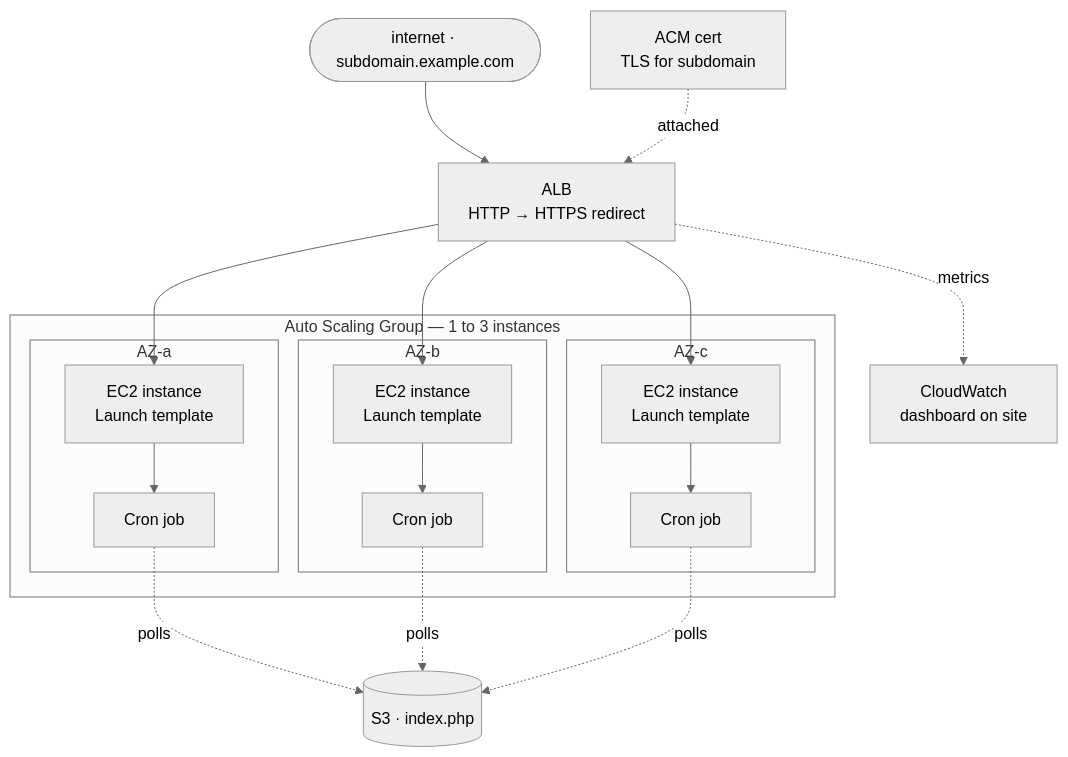
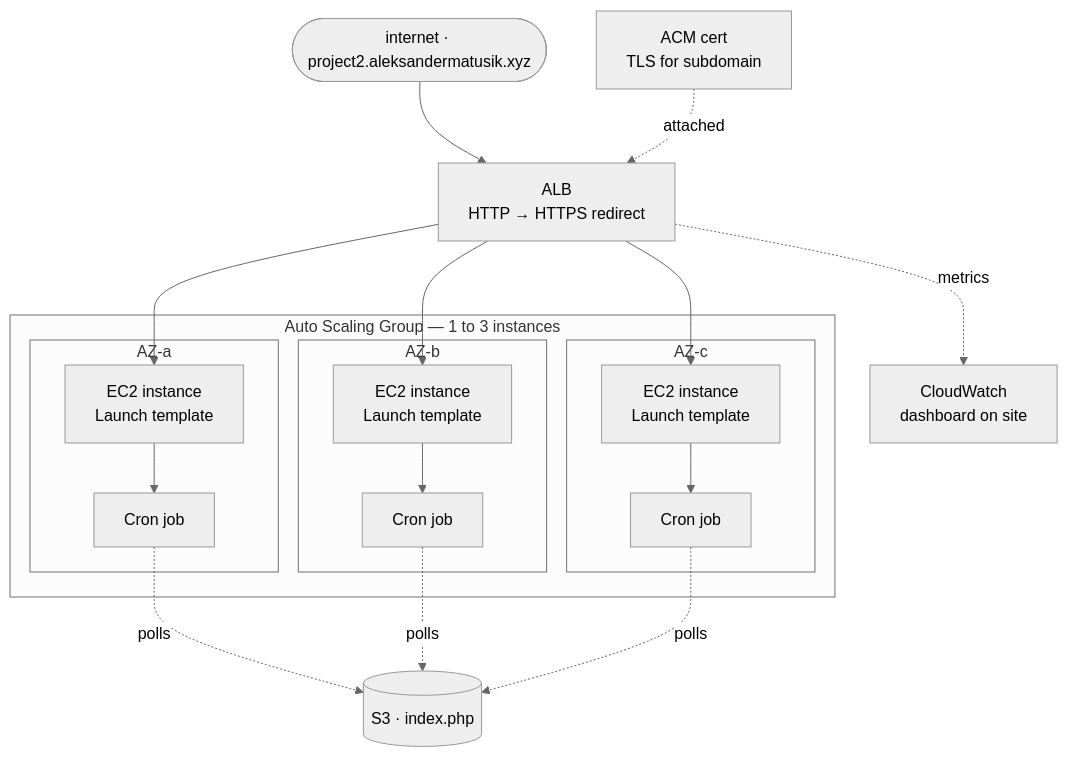
One commit to matusikal/alb-asg-project changed the first of 2 diagrams in README.md. Above: the diagram before and after it, drawn with Mermaid (neutral theme). The commit also changed other lines of this file, not shown here.

````diff
--- a/README.md
+++ b/README.md
@@ -2,29 +13,29 @@
 ```mermaid
 graph TD
-    Internet([internet · subdomain.example.com]) --> ALB
+    Internet([internet · project2.aleksandermatusik.xyz]) --> ALB
     ACM[ACM cert\nTLS for subdomain] -.->|attached| ALB
 
     ALB[ALB\nHTTP → HTTPS redirect]
 
     ALB --> EC2a
     ALB --> EC2b
     ALB --> EC2c
 
     subgraph ASG["Auto Scaling Group — 1 to 3 instances"]
       subgraph AZa[AZ-a]
         EC2a[EC2 instance\nLaunch template] --> Cron1[Cron job]
       end
       subgraph AZb[AZ-b]
         EC2b[EC2 instance\nLaunch template] --> Cron2[Cron job]
       end
       subgraph AZc[AZ-c]
         EC2c[EC2 instance\nLaunch template] --> Cron3[Cron job]
       end
     end
 
     Cron1 -.->|polls| S3[(S3 · index.php)]
     Cron2 -.->|polls| S3
     Cron3 -.->|polls| S3
 
     ALB -.->|metrics| CW[CloudWatch\ndashboard on site]
 ```
````
